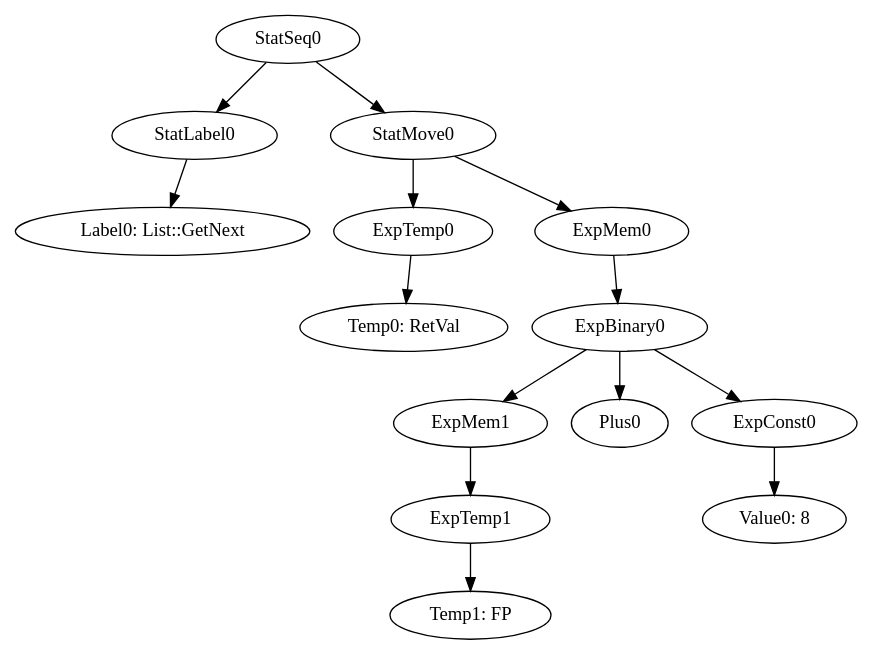
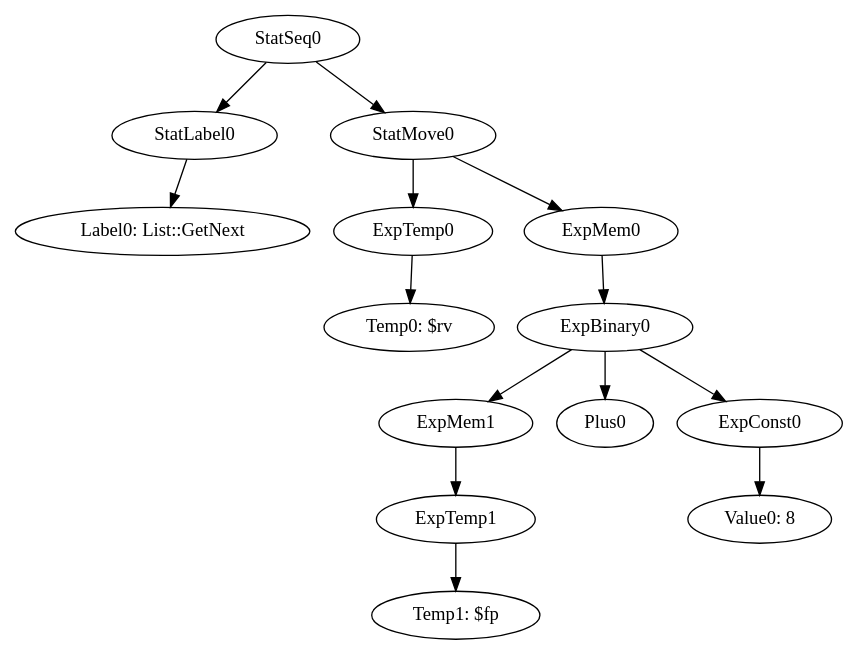
One commit to team-compilers/compilers changed the diagram in MiniJava/results/SamplesCorrect/LinkedList/irt_List::GetNext.gv. Above: the diagram before and after it, drawn with Graphviz. The commit also changed 340 other files, not shown here.

```diff
--- a/MiniJava/results/SamplesCorrect/LinkedList/irt_List::GetNext.gv
+++ b/MiniJava/results/SamplesCorrect/LinkedList/irt_List::GetNext.gv
@@ -1,16 +1,16 @@
 digraph {
 	ordering = out;
 	ExpMem0 -> ExpBinary0;
 	ExpMem1 -> ExpTemp1;
-	ExpTemp1 -> "Temp1: FP";
+	ExpTemp1 -> "Temp1: $fp";
 	ExpConst0 -> "Value0: 8";
 	StatLabel0 -> "Label0: List::GetNext";
 	StatSeq0 -> StatLabel0;
 	StatSeq0 -> StatMove0;
-	ExpTemp0 -> "Temp0: RetVal";
+	ExpTemp0 -> "Temp0: $rv";
 	ExpBinary0 -> ExpMem1;
 	ExpBinary0 -> Plus0;
 	ExpBinary0 -> ExpConst0;
 	StatMove0 -> ExpTemp0;
 	StatMove0 -> ExpMem0;
 }
```
